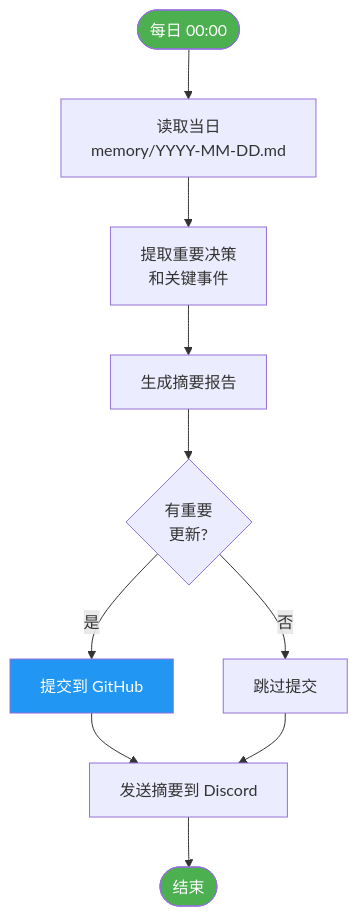
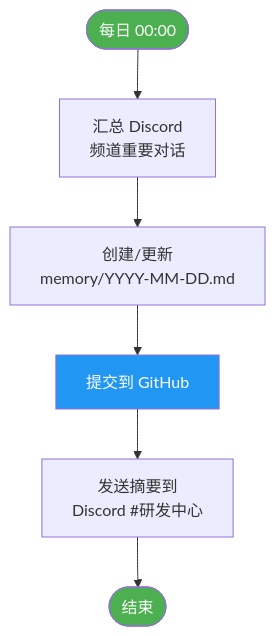
One commit to unlimblue/cyber-world changed the diagram in memory/README.md. Above: the diagram before and after it, drawn with Mermaid. The commit also changed other lines of this file, not shown here.

Commit message:
fix: correct workflow diagram - Root collects from Discord instead of reading existing file

````diff
--- a/memory/README.md
+++ b/memory/README.md
@@ -39,16 +39,12 @@
 ```mermaid
 flowchart TB
-    Start([每日 00:00]) --> Read[读取当日<br/>memory/YYYY-MM-DD.md]
-    Read --> Extract[提取重要决策<br/>和关键事件]
-    Extract --> Summary[生成摘要报告]
-    Summary --> Check{有重要<br/>更新?}
-    Check -->|是| Commit[提交到 GitHub]
-    Check -->|否| Skip[跳过提交]
-    Commit --> Notify[发送摘要到 Discord]
-    Skip --> Notify
+    Start([每日 00:00]) --> Collect[汇总 Discord<br/>频道重要对话]
+    Collect --> Create[创建/更新<br/>memory/YYYY-MM-DD.md]
+    Create --> Commit[提交到 GitHub]
+    Commit --> Notify[发送摘要到<br/>Discord #研发中心]
     Notify --> End([结束])
     
     style Start fill:#4CAF50,color:#fff
     style End fill:#4CAF50,color:#fff
     style Commit fill:#2196F3,color:#fff
 ```
````
